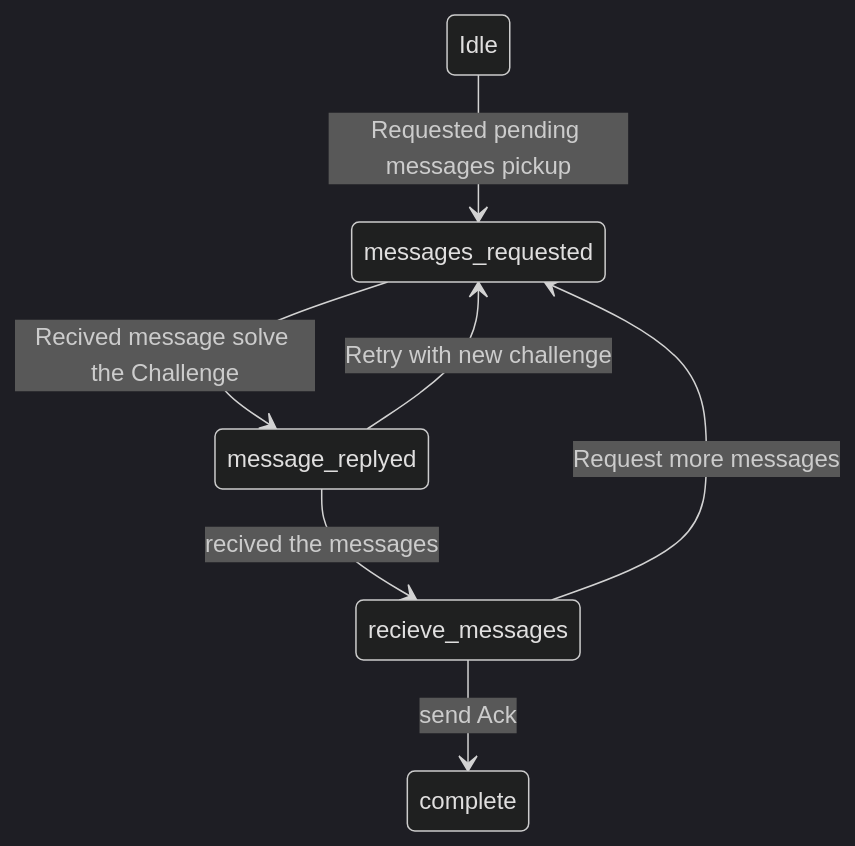
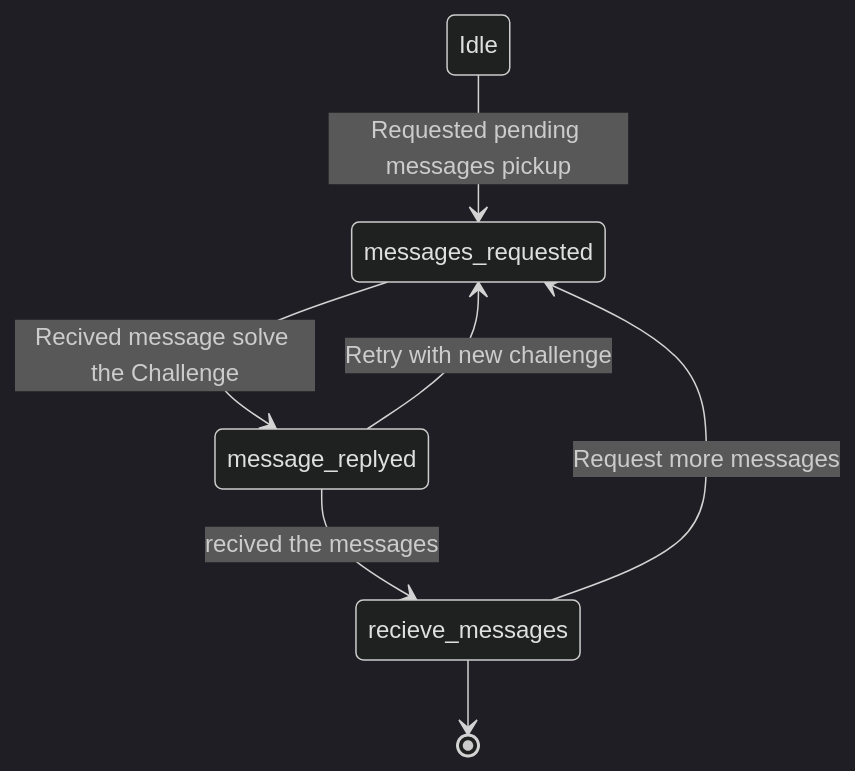
One commit to hyperledger/identus-cloud-agent changed the third of 3 diagrams in mercury/prism-mediator/protocol-mercury-mailbox/Mercury-Mailbox-Protocol.md. Above: the diagram before and after it, drawn with Mermaid (dark theme). The commit also changed other lines of this file, not shown here.

Commit message:
updated some based on comments

````diff
--- a/mercury/prism-mediator/protocol-mercury-mailbox/Mercury-Mailbox-Protocol.md
+++ b/mercury/prism-mediator/protocol-mercury-mailbox/Mercury-Mailbox-Protocol.md
@@ -47,10 +47,10 @@
 ```mermaid
 stateDiagram-v2
 state "Idle" as idle
 idle --> messages_requested                         :Requested pending messages pickup       
 messages_requested --> message_replyed              :Recived message solve the Challenge
 message_replyed -->  recieve_messages               :recived the messages 
 message_replyed --> messages_requested              :Retry with new challenge
 recieve_messages --> messages_requested             :Request more messages 
-recieve_messages --> complete                       :send Ack
+recieve_messages --> [*]
 ```
````
